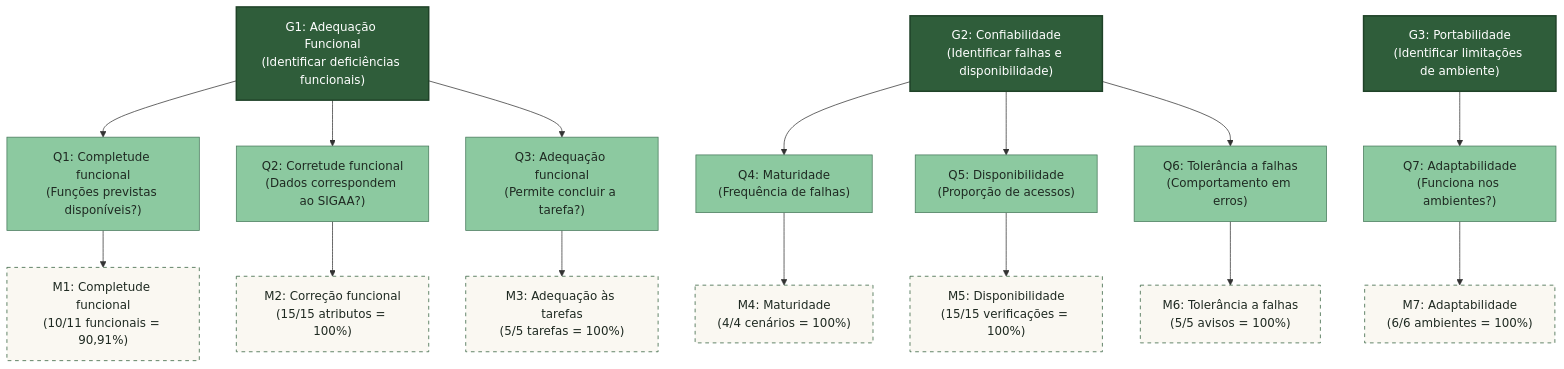
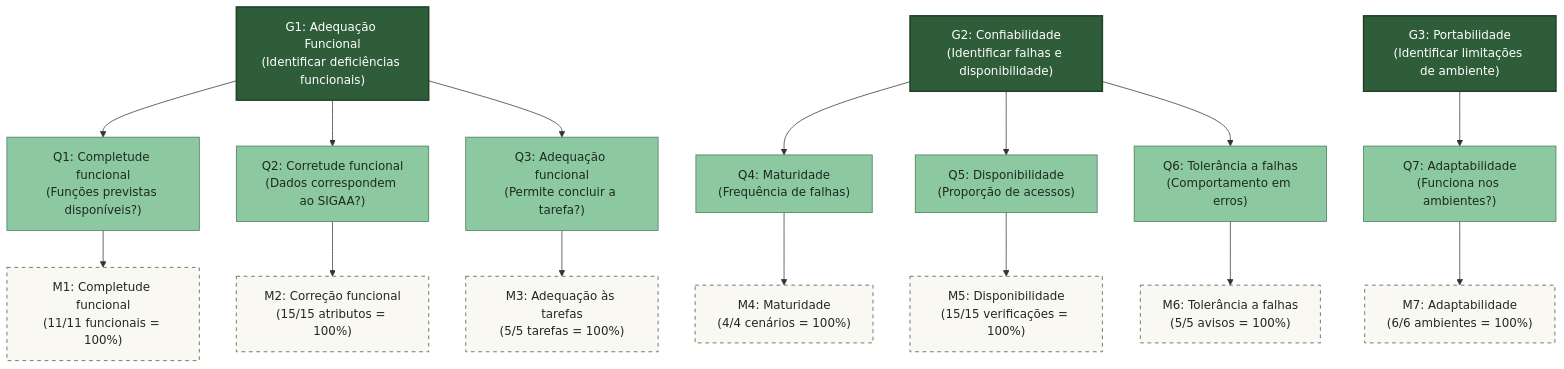
The diagram in docs/fase-2/diagrama-gqm.md (FCTE-Qualidade-de-Software-1/2026-2_T02_HEDY_LAMAR), drawn with Mermaid before and after one commit. The commit also changed 5 other files, not shown here.

````diff
--- a/docs/fase-2/diagrama-gqm.md
+++ b/docs/fase-2/diagrama-gqm.md
@@ -5,33 +5,33 @@
 ```mermaid
 graph TD
     %% Estilos
     classDef goal fill:#2f5d3a,color:#fff,stroke:#1f4228,stroke-width:2px;
     classDef question fill:#8cc9a0,color:#1f2a22,stroke:#46785a,stroke-width:1px;
     classDef metric fill:#faf8f2,color:#1f2a22,stroke:#2f5d3a,stroke-width:1px,stroke-dasharray: 5 5;
 
     %% Objetivo 1
     G1["G1: Adequação Funcional<br>(Identificar deficiências funcionais)"]:::goal
     G1 --> Q1["Q1: Completude funcional<br>(Funções previstas disponíveis?)"]:::question
     G1 --> Q2["Q2: Corretude funcional<br>(Dados correspondem ao SIGAA?)"]:::question
     G1 --> Q3["Q3: Adequação funcional<br>(Permite concluir a tarefa?)"]:::question
 
-    Q1 --> M1["M1: Completude funcional<br>(10/11 funcionais = 90,91%)"]:::metric
+    Q1 --> M1["M1: Completude funcional<br>(11/11 funcionais = 100%)"]:::metric
     Q2 --> M2["M2: Correção funcional<br>(15/15 atributos = 100%)"]:::metric
     Q3 --> M3["M3: Adequação às tarefas<br>(5/5 tarefas = 100%)"]:::metric
 
     %% Objetivo 2
     G2["G2: Confiabilidade<br>(Identificar falhas e disponibilidade)"]:::goal
     G2 --> Q4["Q4: Maturidade<br>(Frequência de falhas)"]:::question
     G2 --> Q5["Q5: Disponibilidade<br>(Proporção de acessos)"]:::question
     G2 --> Q6["Q6: Tolerância a falhas<br>(Comportamento em erros)"]:::question
 
     Q4 --> M4["M4: Maturidade<br>(4/4 cenários = 100%)"]:::metric
     Q5 --> M5["M5: Disponibilidade<br>(15/15 verificações = 100%)"]:::metric
     Q6 --> M6["M6: Tolerância a falhas<br>(5/5 avisos = 100%)"]:::metric
 
     %% Objetivo 3
     G3["G3: Portabilidade<br>(Identificar limitações de ambiente)"]:::goal
     G3 --> Q7["Q7: Adaptabilidade<br>(Funciona nos ambientes?)"]:::question
 
     Q7 --> M7["M7: Adaptabilidade<br>(6/6 ambientes = 100%)"]:::metric
 ```
````
